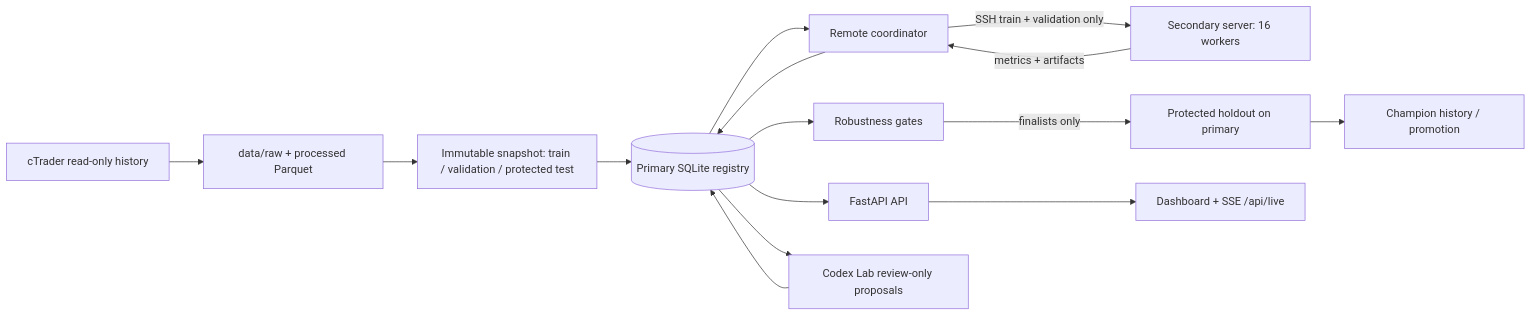
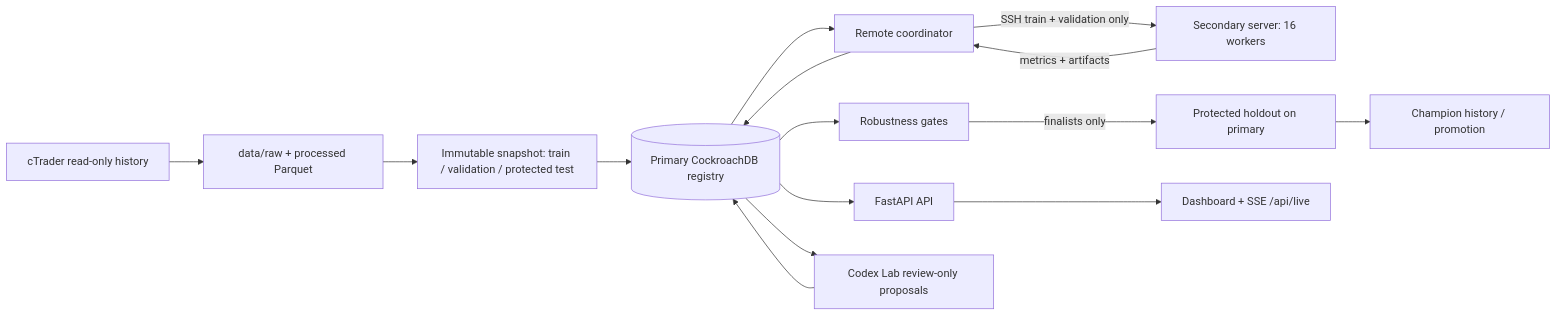
One commit to AegisFintech/xauusd changed the diagram in docs/ARCHITECTURE.md. Above: the diagram before and after it, drawn with Mermaid. The commit also changed other lines of this file and 22 other files, not shown here.

````diff
--- a/docs/ARCHITECTURE.md
+++ b/docs/ARCHITECTURE.md
@@ -3,17 +3,17 @@
 ```mermaid
 flowchart LR
  D[cTrader read-only history] --> R[data/raw + processed Parquet]
  R --> T[Immutable snapshot: train / validation / protected test]
- T --> Q[(Primary SQLite registry)]
+ T --> Q[(Primary CockroachDB registry)]
  Q --> C[Remote coordinator]
  C -->|SSH train + validation only| S[Secondary server: 16 workers]
  S -->|metrics + artifacts| C
  C --> Q
  Q --> G[Robustness gates]
  G -->|finalists only| H[Protected holdout on primary]
  H --> P[Champion history / promotion]
  Q --> A[FastAPI API]
  A --> U[Dashboard + SSE /api/live]
  Q --> W[Codex Lab review-only proposals]
  W --> Q
 ```
````
